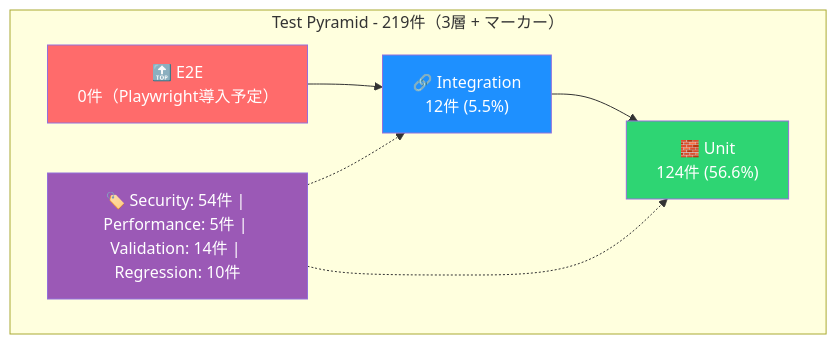
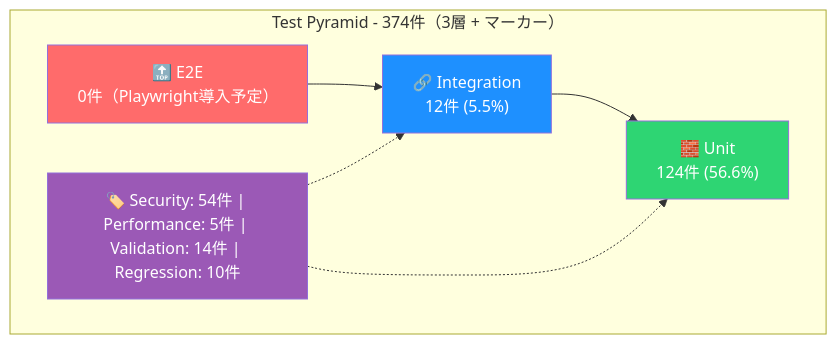
One commit to yaoki-dev/api-test-devops-portfolio changed the second of 2 diagrams in README.md. Above: the diagram before and after it, drawn with Mermaid. The commit also changed other lines of this file and 1 other file, not shown here.

First line of the commit message:
docs: fix Python version and test count consistency

````diff
--- a/README.md
+++ b/README.md
@@ -271,19 +271,19 @@
 ```mermaid
 graph TB
-    subgraph "Test Pyramid - 219件（3層 + マーカー）"
+    subgraph "Test Pyramid - 374件（3層 + マーカー）"
         E2E["🔝 E2E<br/>0件（Playwright導入予定）"]
         Integration["🔗 Integration<br/>12件 (5.5%)"]
         Unit["🧱 Unit<br/>124件 (56.6%)"]
         Markers["🏷️ Security: 54件 | Performance: 5件 | Validation: 14件 | Regression: 10件"]
     end
 
     E2E --> Integration
     Integration --> Unit
     Markers -.-> Unit
     Markers -.-> Integration
 
     style E2E fill:#ff6b6b,color:#fff
     style Integration fill:#1e90ff,color:#fff
     style Unit fill:#2ed573,color:#fff
     style Markers fill:#9b59b6,color:#fff
 ```
````
